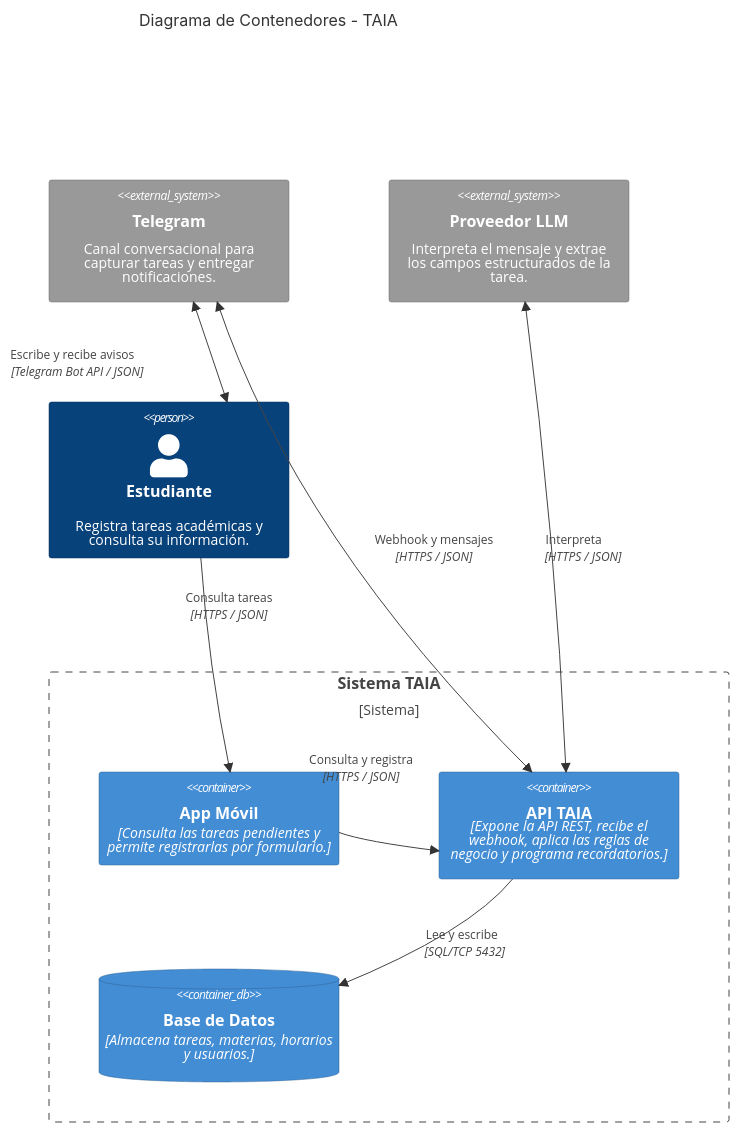
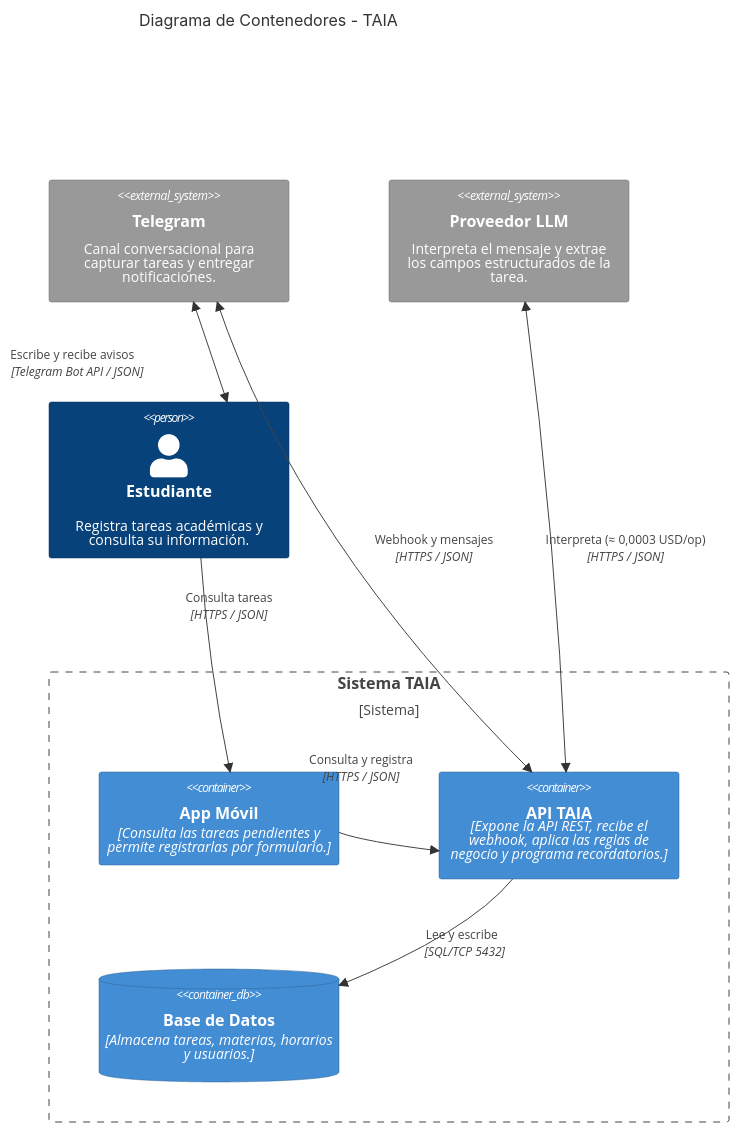
The diagram in docs/c4/C4-C2.md (ISCOUTB/AS_202620_TAIA_-Task-Artificial-Intelligence-Assistant), drawn with Mermaid before and after one commit. The commit also changed other lines of this file and 3 other files, not shown here.

````diff
--- a/docs/c4/C4-C2.md
+++ b/docs/c4/C4-C2.md
@@ -4,40 +4,40 @@
 ```mermaid
 ---
 config:
   wrap: true
   c4:
     width: 240
 ---
 C4Container
     title Diagrama de Contenedores - TAIA
 
     System_Ext(telegram, "Telegram", "Canal conversacional para capturar tareas y entregar notificaciones.")
     System_Ext(gemini, "Proveedor LLM ", "Interpreta el mensaje y extrae los campos estructurados de la tarea.")
     Person(estudiante, "Estudiante", "Registra tareas académicas y consulta su información.")
 
     Boundary(taia, "Sistema TAIA", "Sistema") {
         Container(appmovil, "App Móvil", "Consulta las tareas pendientes y permite registrarlas por formulario.")
         Container(api, "API TAIA", "Expone la API REST, recibe el webhook, aplica las reglas de negocio y programa recordatorios.")
         ContainerDb(db, "Base de Datos", "Almacena tareas, materias, horarios y usuarios.")
     }
 
     BiRel(estudiante, telegram, "Escribe y recibe avisos", "Telegram Bot API / JSON")
     Rel(estudiante, appmovil, "Consulta tareas", "HTTPS / JSON")
     BiRel(telegram, api, "Webhook y mensajes", "HTTPS / JSON")
-    BiRel(api, gemini, "Interpreta", "HTTPS / JSON")
+    BiRel(api, gemini, "Interpreta (≈ 0,0003 USD/op)", "HTTPS / JSON")
     Rel(appmovil, api, "Consulta y registra", "HTTPS / JSON")
     Rel(api, db, "Lee y escribe", "SQL/TCP 5432")
 
     UpdateElementStyle(estudiante, $bgColor="#08427b", $fontColor="#ffffff", $borderColor="#052e56")
     UpdateElementStyle(appmovil, $bgColor="#438dd5", $fontColor="#ffffff", $borderColor="#2e6295")
     UpdateElementStyle(api, $bgColor="#438dd5", $fontColor="#ffffff", $borderColor="#2e6295")
     UpdateElementStyle(db, $bgColor="#438dd5", $fontColor="#ffffff", $borderColor="#2e6295")
     UpdateElementStyle(telegram, $bgColor="#999999", $fontColor="#ffffff", $borderColor="#6b6b6b")
     UpdateElementStyle(gemini, $bgColor="#999999", $fontColor="#ffffff", $borderColor="#6b6b6b")
 
     UpdateRelStyle(estudiante, telegram, $offsetX="-200", $offsetY="0")
     UpdateRelStyle(estudiante, appmovil, $offsetX="-30", $offsetY="-70")
     UpdateRelStyle(appmovil, api, $offsetX="-80", $offsetY="-85")
 
     UpdateLayoutConfig($c4ShapeInRow="2", $c4BoundaryInRow="1")
 ```
````
